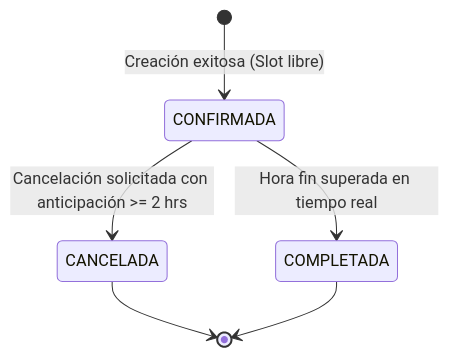
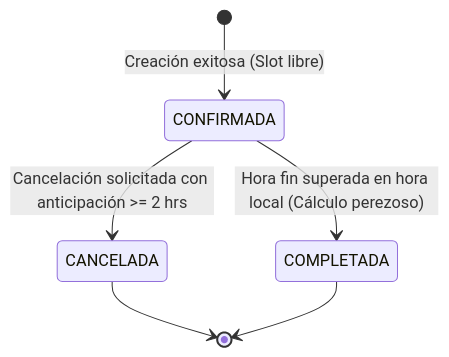
One commit to Shiro2550/canchaya-reservas-proyecto2 changed the diagram in specs/business-rules.md. Above: the diagram before and after it, drawn with Mermaid. The commit also changed other lines of this file and 9 other files, not shown here.

````diff
--- a/specs/business-rules.md
+++ b/specs/business-rules.md
@@ -54,8 +63,8 @@
 ```mermaid
 stateDiagram-v2
     [*] --> CONFIRMADA: Creación exitosa (Slot libre)
     CONFIRMADA --> CANCELADA: Cancelación solicitada con anticipación >= 2 hrs
-    CONFIRMADA --> COMPLETADA: Hora fin superada en tiempo real
+    CONFIRMADA --> COMPLETADA: Hora fin superada en hora local (Cálculo perezoso)
     CANCELADA --> [*]
     COMPLETADA --> [*]
 ```
````
